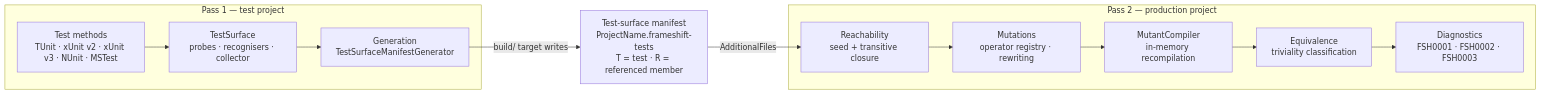
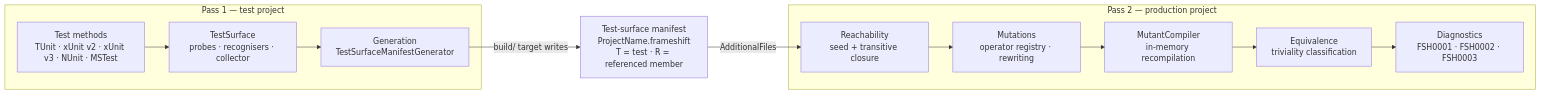
Before and after one commit to dailydevops/frameshift: the diagram in README.md, drawn with Mermaid. The commit also changed other lines of this file and 12 other files, not shown here.

First line of the commit message:
refactor(manifest): rename test-surface manifest extension to .frameshift (#107)

````diff
--- a/README.md
+++ b/README.md
@@ -17,23 +17,23 @@
 ```mermaid
 flowchart LR
     subgraph pass1["Pass 1 — test project"]
         T1["Test methods<br/>TUnit · xUnit v2 · xUnit v3 · NUnit · MSTest"]
         T2["TestSurface<br/>probes · recognisers · collector"]
         T3["Generation<br/>TestSurfaceManifestGenerator"]
         T1 --> T2 --> T3
     end
 
-    M["Test-surface manifest<br/>ProjectName.frameshift-tests<br/>T = test · R = referenced member"]
+    M["Test-surface manifest<br/>ProjectName.frameshift<br/>T = test · R = referenced member"]
 
     subgraph pass2["Pass 2 — production project"]
         P1["Reachability<br/>seed + transitive closure"]
         P2["Mutations<br/>operator registry · rewriting"]
         P3["MutantCompiler<br/>in-memory recompilation"]
         P4["Equivalence<br/>triviality classification"]
         P5["Diagnostics<br/>FSH0001 · FSH0002 · FSH0003"]
         P1 --> P2 --> P3 --> P4 --> P5
     end
 
     T3 -->|"build/ target writes"| M
     M -->|"AdditionalFiles"| P1
 ```
````
